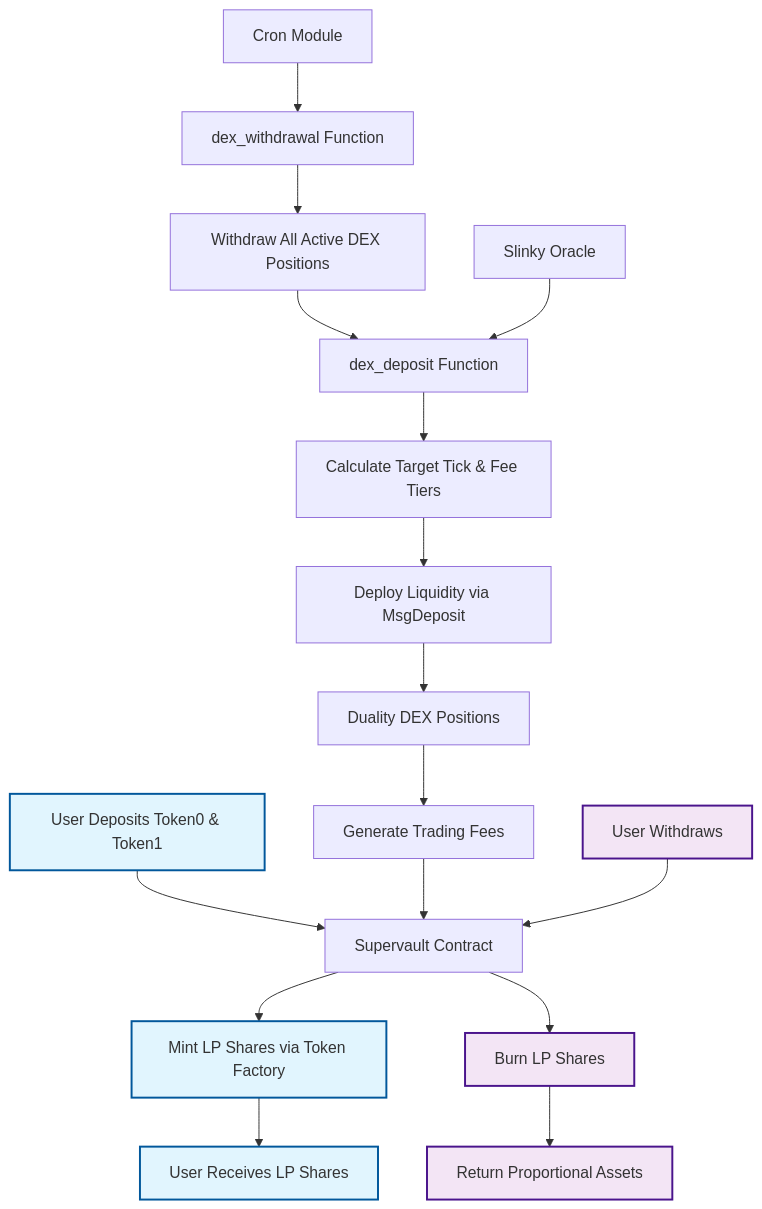
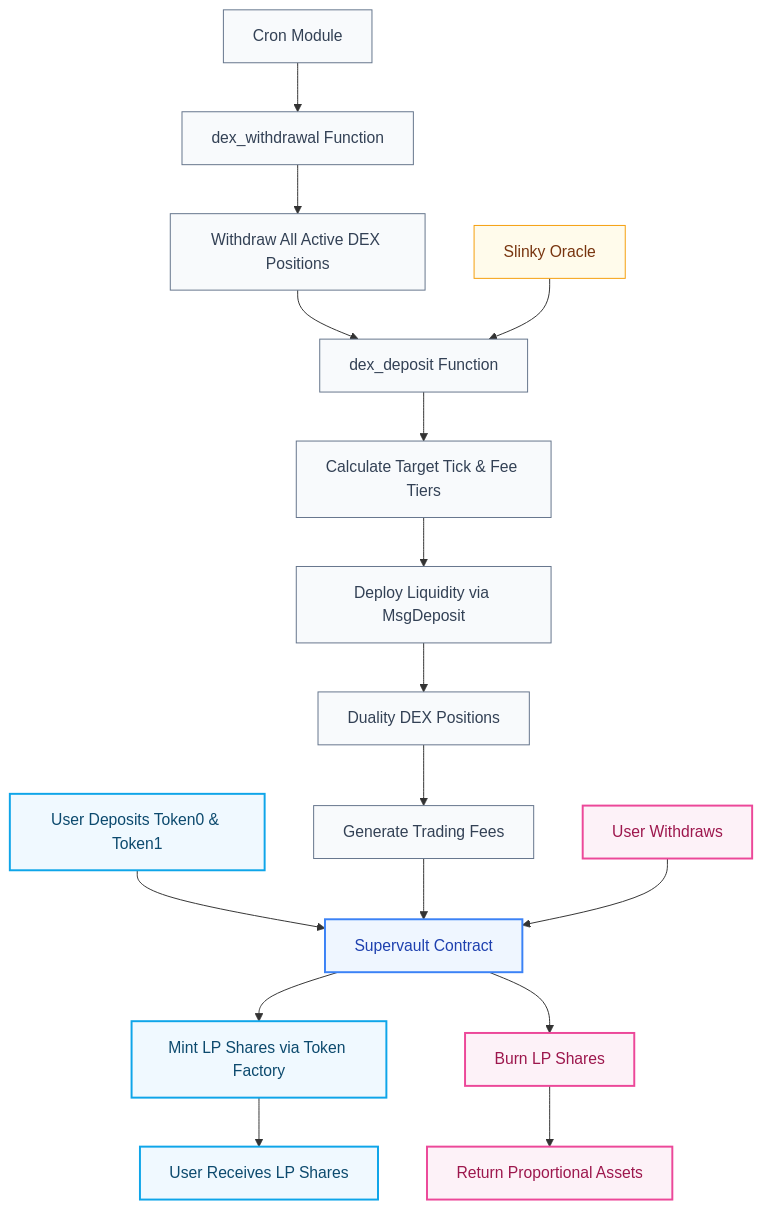
The diagram in defi/supervaults.mdx (neutron-org/neutron-docs), drawn with Mermaid before and after one commit. The commit also changed other lines of this file, not shown here.

````diff
--- a/defi/supervaults.mdx
+++ b/defi/supervaults.mdx
@@ -159,28 +188,35 @@
 ```mermaid
 graph TD
     A[User Deposits Token0 & Token1] --> B[Supervault Contract]
     B --> C[Mint LP Shares via Token Factory]
     C --> D[User Receives LP Shares]
     
     E[Cron Module] --> F[dex_withdrawal Function]
     F --> G[Withdraw All Active DEX Positions]
     G --> H[dex_deposit Function]
     
     I[Slinky Oracle] --> H
     H --> J[Calculate Target Tick & Fee Tiers]
     J --> K[Deploy Liquidity via MsgDeposit]
     K --> L[Duality DEX Positions]
     
     L --> M[Generate Trading Fees]
     M --> B
     
     N[User Withdraws] --> B
     B --> O[Burn LP Shares]
     O --> P[Return Proportional Assets]
     
-    classDef depositFlow fill:#e1f5fe,stroke:#01579b,stroke-width:2px
-    classDef withdrawalFlow fill:#f3e5f5,stroke:#4a148c,stroke-width:2px
+    classDef default fill:#fafafa,stroke:#525252,stroke-width:1px,color:#262626
+    classDef depositFlow fill:#f0f9ff,stroke:#0ea5e9,stroke-width:2px,color:#0c4a6e
+    classDef withdrawalFlow fill:#fdf2f8,stroke:#ec4899,stroke-width:2px,color:#9d174d
+    classDef coreContract fill:#eff6ff,stroke:#3b82f6,stroke-width:2px,color:#1e40af
+    classDef oracle fill:#fffbeb,stroke:#f59e0b,stroke-width:1px,color:#78350f
+    classDef dex fill:#f8fafc,stroke:#64748b,stroke-width:1px,color:#334155
     
     class A,C,D depositFlow
     class N,O,P withdrawalFlow
+    class B coreContract
+    class I oracle
+    class E,F,G,H,J,K,L,M dex
 ```
````
